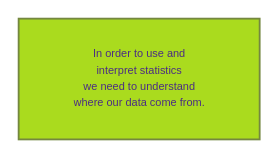
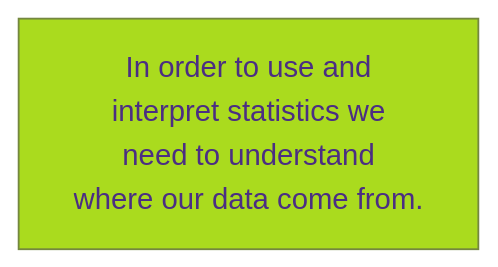
The sixth of 6 diagrams in Lectures/lecture1.qmd (vsass/SOC221), drawn with Mermaid before and after one commit. The commit also changed other lines of this file and 5 other files, not shown here.

````diff
--- a/Lectures/lecture1.qmd
+++ b/Lectures/lecture1.qmd
@@ -352,19 +352,18 @@
 ```{mermaid}
 %%| echo: false
 %%| fig-height: 4
 %%| fig-width: 5.5
 %%| fig-align: right
 %%{
   init: {
     'theme': 'base',
     'themeVariables': {
       'background': '#e8e3d3',
       'primaryColor': '#aadb1e',
-      'primaryTextColor': '#4b2e83', 
-      'fontSize': '.225em'
+      'primaryTextColor': '#4b2e83'
       }
   }
 }%%
 flowchart TB
-    id1["In order to use and\ninterpret statistics\nwe need to understand\nwhere our data come from."]
+    id1[In order to use and<br>interpret statistics we<br>need to understand<br>where our data come from.]
 ```
````
